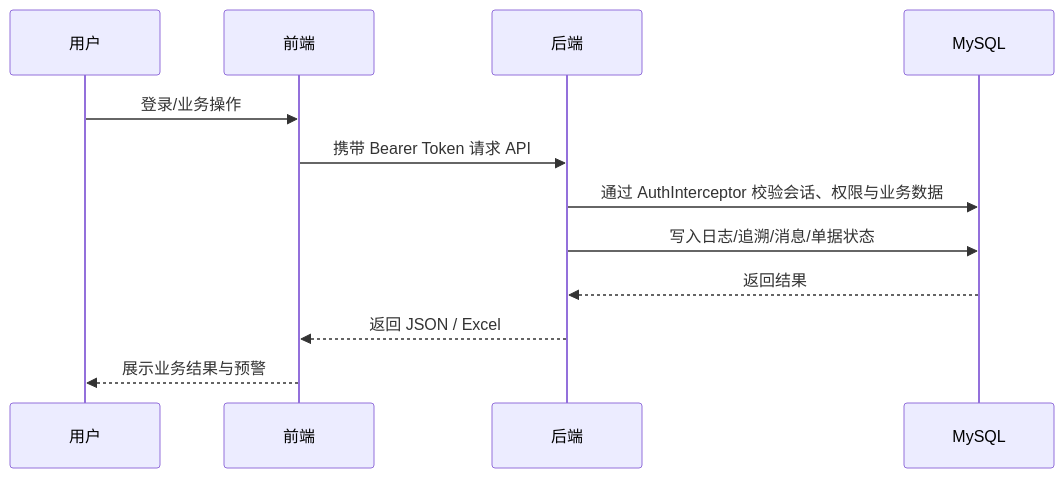
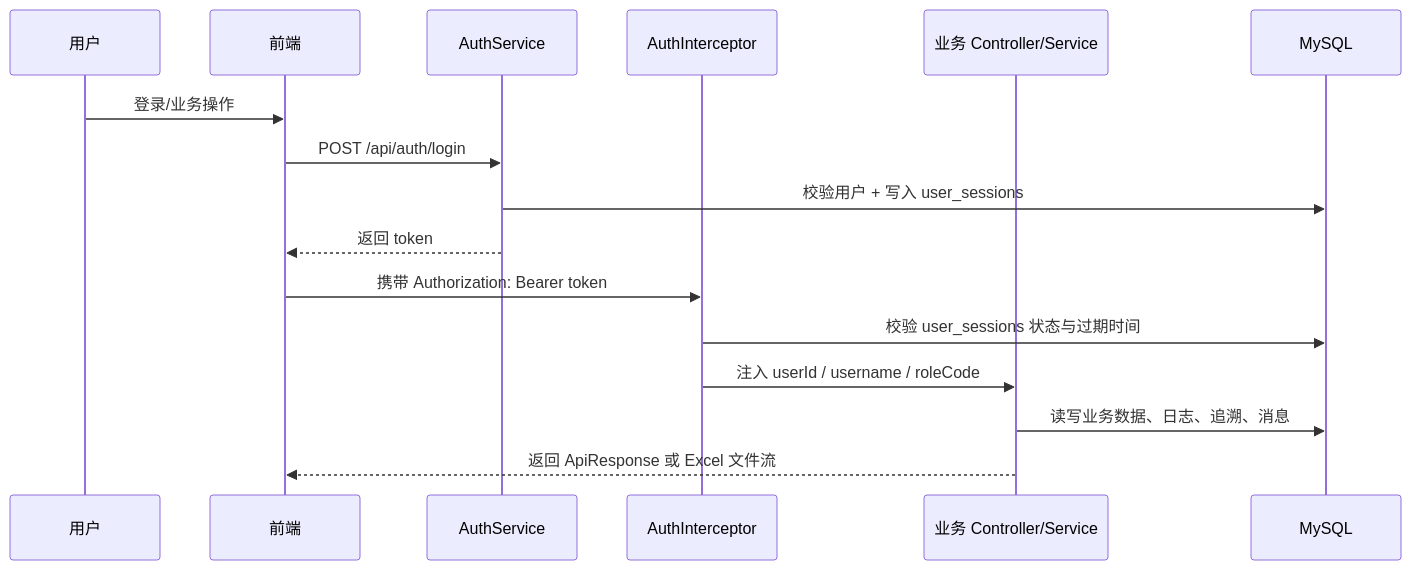
The second of 2 diagrams in helloagents/wiki/arch.md (zcw199604/java-test), drawn with Mermaid before and after one commit. The commit also changed other lines of this file and 14 other files, not shown here.

````diff
--- a/helloagents/wiki/arch.md
+++ b/helloagents/wiki/arch.md
@@ -37,14 +41,19 @@
 ```mermaid
 sequenceDiagram
     participant U as 用户
     participant F as 前端
-    participant B as 后端
+    participant A as AuthService
+    participant I as AuthInterceptor
+    participant B as 业务 Controller/Service
     participant DB as MySQL
+
     U->>F: 登录/业务操作
-    F->>B: 携带 Bearer Token 请求 API
-    B->>DB: 通过 AuthInterceptor 校验会话、权限与业务数据
-    B->>DB: 写入日志/追溯/消息/单据状态
-    DB-->>B: 返回结果
-    B-->>F: 返回 JSON / Excel
-    F-->>U: 展示业务结果与预警
+    F->>A: POST /api/auth/login
+    A->>DB: 校验用户 + 写入 user_sessions
+    A-->>F: 返回 token
+    F->>I: 携带 Authorization: Bearer token
+    I->>DB: 校验 user_sessions 状态与过期时间
+    I->>B: 注入 userId / username / roleCode
+    B->>DB: 读写业务数据、日志、追溯、消息
+    B-->>F: 返回 ApiResponse 或 Excel 文件流
 ```
````
